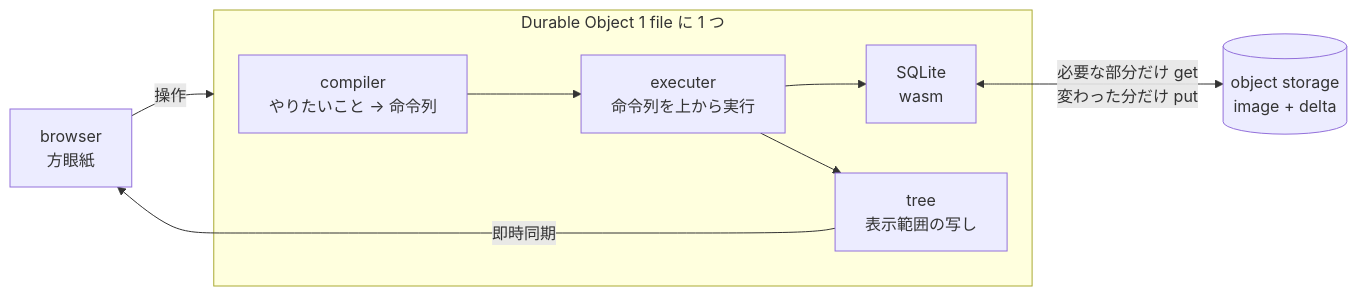
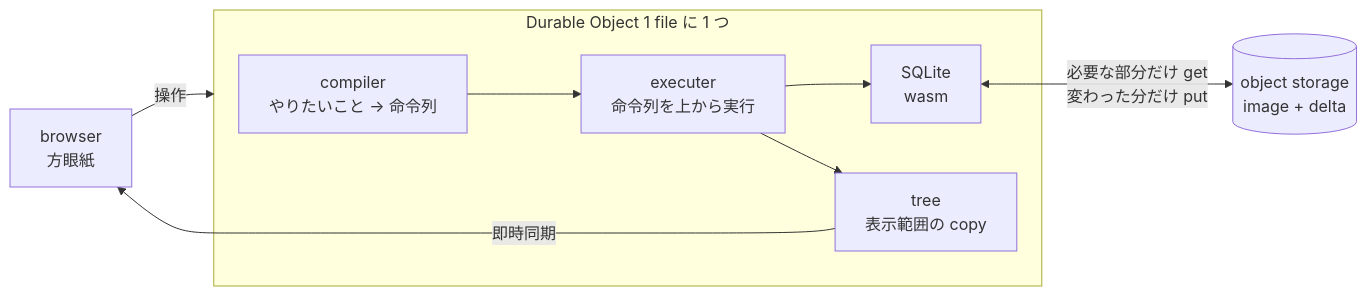
One commit to tseijp/cloudflare-r2-sqlite-test changed the first of 2 diagrams in README.md. Above: the diagram before and after it, drawn with Mermaid. The commit also changed other lines of this file and 133 other files, not shown here.

````diff
--- a/README.md
+++ b/README.md
@@ -9,11 +9,11 @@
 ```mermaid
 flowchart LR
     B[browser<br>方眼紙] -->|操作| D
     subgraph D[Durable Object  1 file に 1 つ]
         C[compiler<br>やりたいこと → 命令列] --> X[executer<br>命令列を上から実行]
         X --> S[SQLite<br>wasm]
-        X --> T[tree<br>表示範囲の写し]
+        X --> T[tree<br>表示範囲の copy ]
     end
     S <-->|必要な部分だけ get<br>変わった分だけ put| R[(object storage<br>image + delta)]
     T -->|即時同期| B
 ```
````
